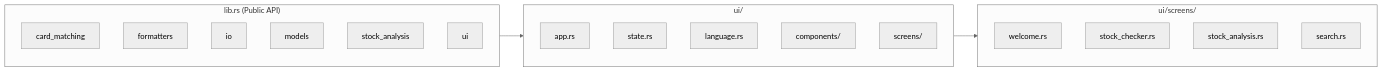
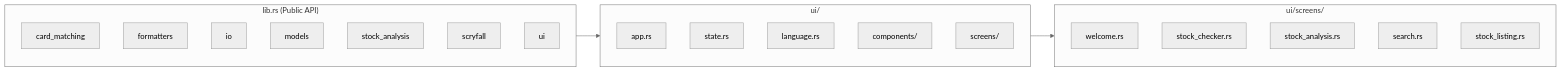
The second of 5 diagrams in check_stock/README.md (elheck/d2d_automations), drawn with Mermaid (neutral theme) before and after one commit. The commit also changed other lines of this file and 1 other file, not shown here.

````diff
--- a/check_stock/README.md
+++ b/check_stock/README.md
@@ -80,31 +104,33 @@
 ```mermaid
 graph LR
     subgraph lib["lib.rs (Public API)"]
         direction TB
         card_matching
         formatters
         io
         models
         stock_analysis
+        scryfall
         ui
     end
     
     subgraph ui_mod["ui/"]
         direction TB
         app.rs
         state.rs
         language.rs
         components/
         screens/
     end
     
     subgraph screens["ui/screens/"]
         welcome.rs
         stock_checker.rs
         stock_analysis.rs
         search.rs
+        stock_listing.rs
     end
     
     ui --> ui_mod
     ui_mod --> screens
 ```
````
